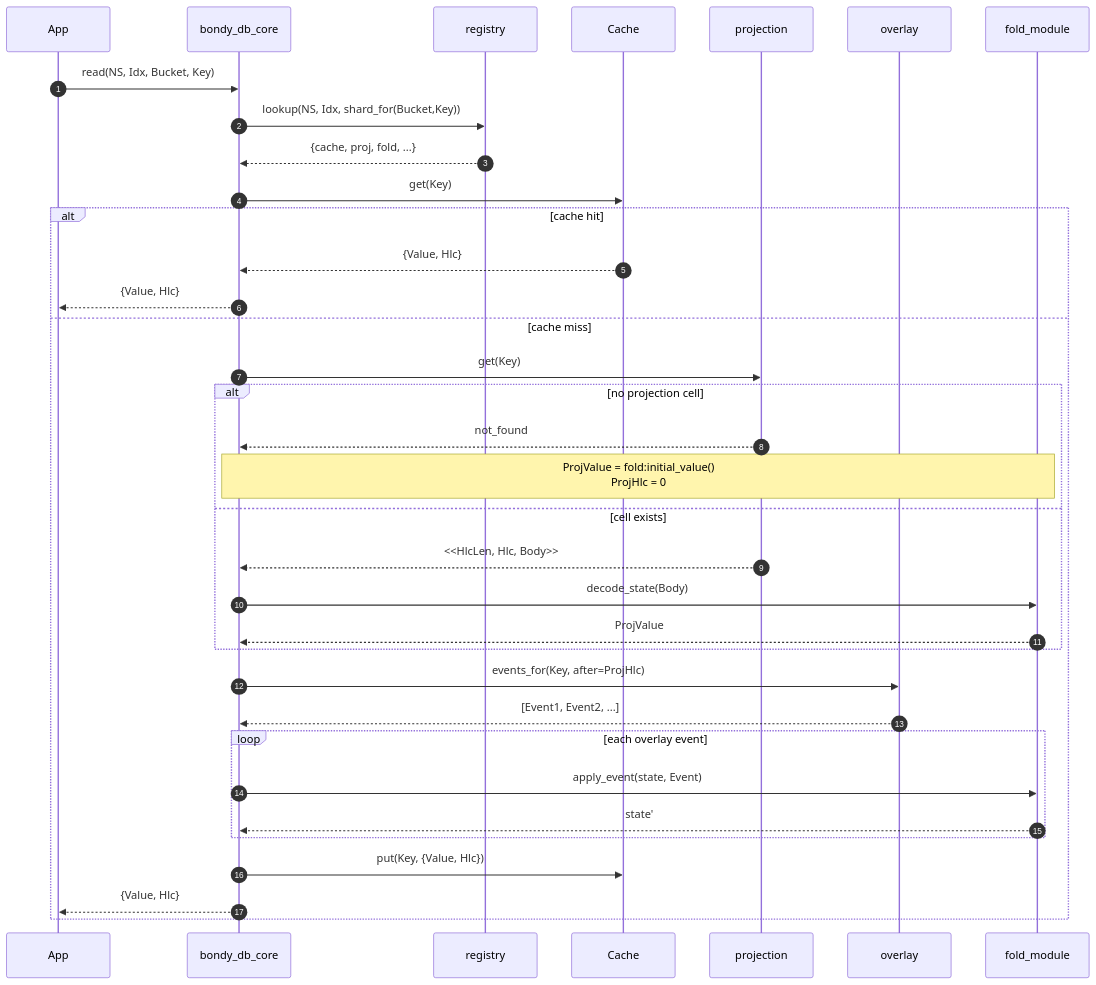
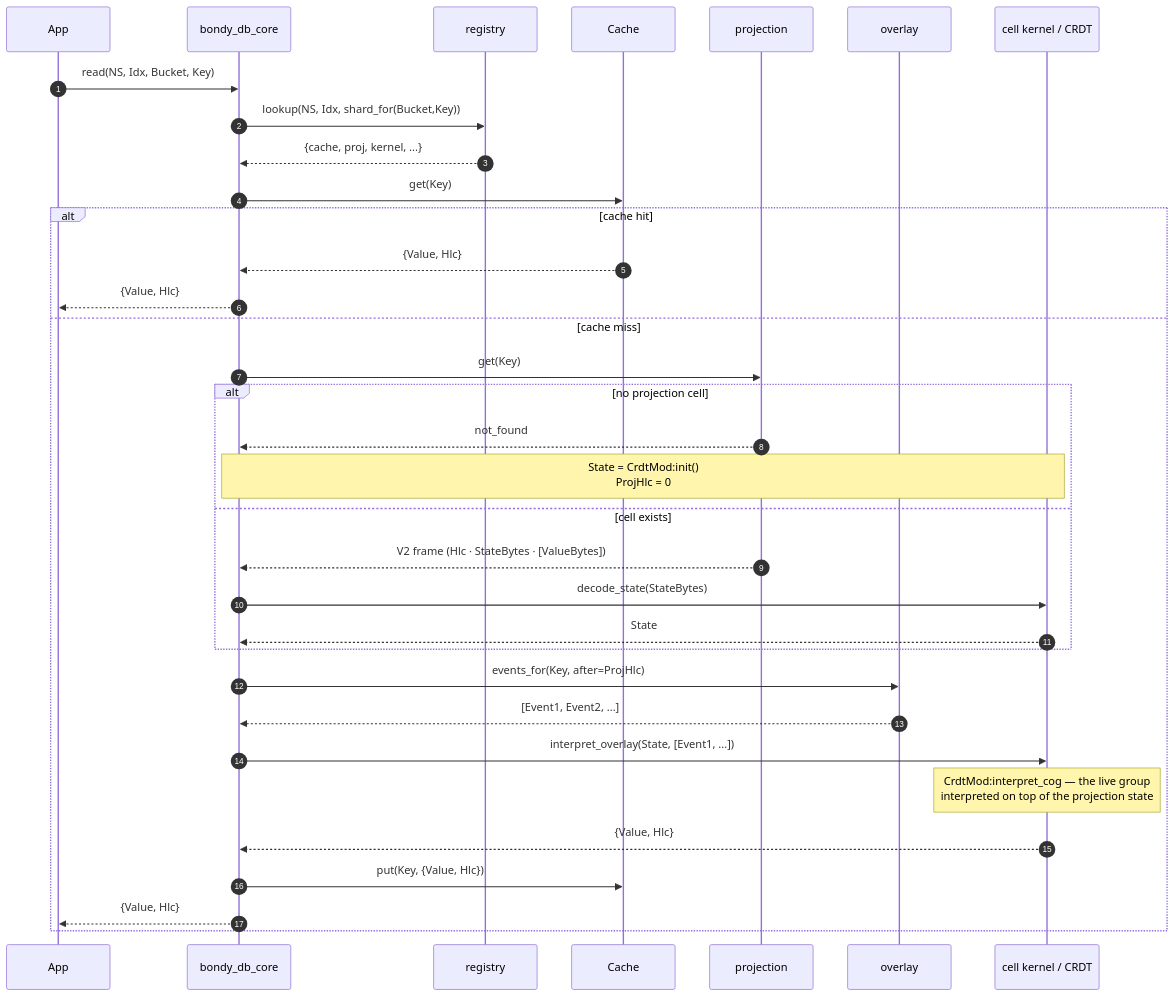
The third of 10 diagrams in doc_extras/architecture/03_bondy_db.md (bondy-io/bondy_mst), drawn with Mermaid before and after one commit. The commit also changed other lines of this file and 38 other files, not shown here.

Commit message:
add new CRDTs and document new architecture

````diff
--- a/doc_extras/architecture/03_bondy_db.md
+++ b/doc_extras/architecture/03_bondy_db.md
@@ -72,39 +75,38 @@
 ```mermaid
 sequenceDiagram
     autonumber
     participant App
     participant Core as bondy_db_core
     participant Reg as registry
     participant Cache
     participant Proj as projection
     participant Ov as overlay
-    participant Fold as fold_module
+    participant K as cell kernel / CRDT
 
     App->>Core: read(NS, Idx, Bucket, Key)
     Core->>Reg: lookup(NS, Idx, shard_for(Bucket,Key))
-    Reg-->>Core: {cache, proj, fold, ...}
+    Reg-->>Core: {cache, proj, kernel, ...}
 
     Core->>Cache: get(Key)
     alt cache hit
         Cache-->>Core: {Value, Hlc}
         Core-->>App: {Value, Hlc}
     else cache miss
         Core->>Proj: get(Key)
         alt no projection cell
             Proj-->>Core: not_found
-            Note over Core,Fold: ProjValue = fold:initial_value()<br/>ProjHlc = 0
+            Note over Core,K: State = CrdtMod:init()<br/>ProjHlc = 0
         else cell exists
-            Proj-->>Core: <<HlcLen, Hlc, Body>>
-            Core->>Fold: decode_state(Body)
-            Fold-->>Core: ProjValue
+            Proj-->>Core: V2 frame (Hlc · StateBytes · [ValueBytes])
+            Core->>K: decode_state(StateBytes)
+            K-->>Core: State
         end
         Core->>Ov: events_for(Key, after=ProjHlc)
         Ov-->>Core: [Event1, Event2, ...]
-        loop each overlay event
-            Core->>Fold: apply_event(state, Event)
-            Fold-->>Core: state'
-        end
+        Core->>K: interpret_overlay(State, [Event1, ...])
+        Note over K: CrdtMod:interpret_cog — the live group<br/>interpreted on top of the projection state
+        K-->>Core: {Value, Hlc}
         Core->>Cache: put(Key, {Value, Hlc})
         Core-->>App: {Value, Hlc}
     end
 ```
````
